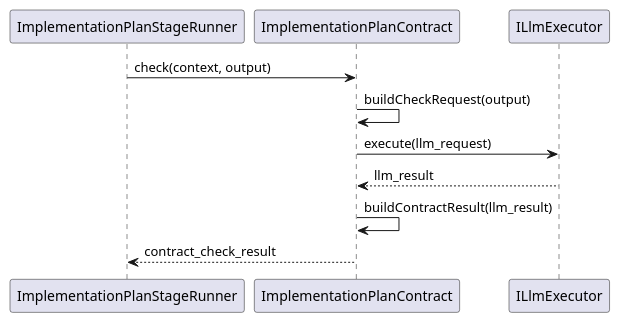
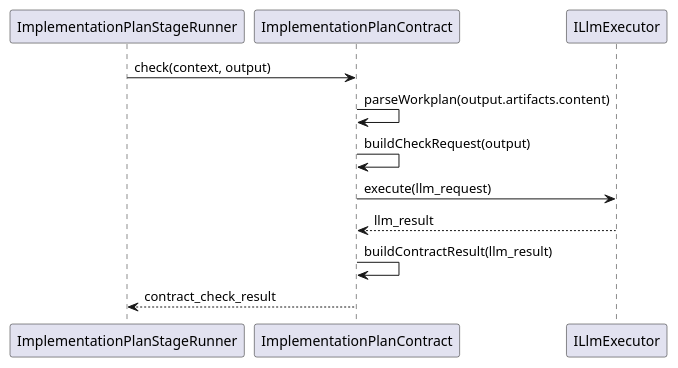
Before and after one commit to lucky-chen/ai_workflow_travel: the second of 2 diagrams in meta_layer/docs/design_docs/Contract/ImplementationPlanContract.md, drawn with PlantUML. The commit also changed other lines of this file and 5 other files, not shown here.

First line of the commit message:
[AI] gpt-5.4: align implementation workplan structure docs

````diff
--- a/meta_layer/docs/design_docs/Contract/ImplementationPlanContract.md
+++ b/meta_layer/docs/design_docs/Contract/ImplementationPlanContract.md
@@ -51,14 +53,15 @@
 ```plantuml
 @startuml
 participant ImplementationPlanStageRunner
 participant ImplementationPlanContract
 participant ILlmExecutor
 
 ImplementationPlanStageRunner -> ImplementationPlanContract: check(context, output)
+ImplementationPlanContract -> ImplementationPlanContract: parseWorkplan(output.artifacts.content)
 ImplementationPlanContract -> ImplementationPlanContract: buildCheckRequest(output)
 ImplementationPlanContract -> ILlmExecutor: execute(llm_request)
 ILlmExecutor --> ImplementationPlanContract: llm_result
 ImplementationPlanContract -> ImplementationPlanContract: buildContractResult(llm_result)
 ImplementationPlanContract --> ImplementationPlanStageRunner: contract_check_result
 @enduml
 ```
````
